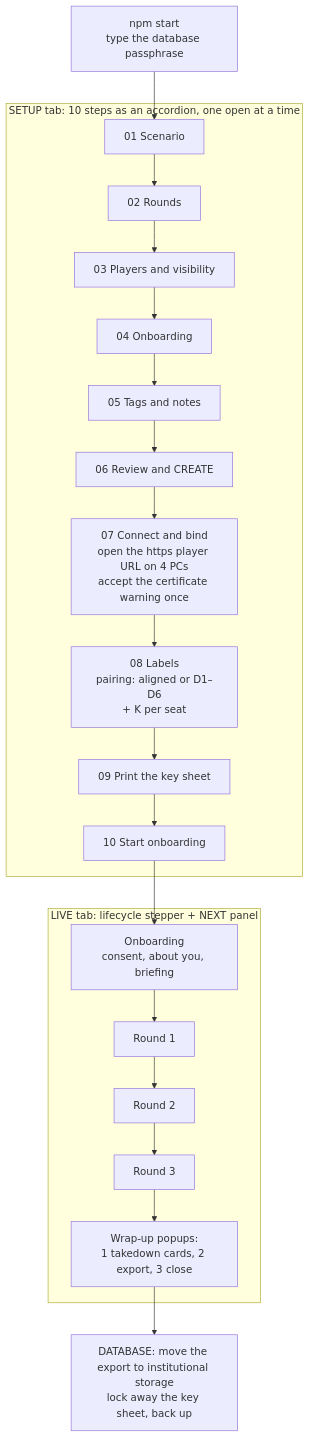
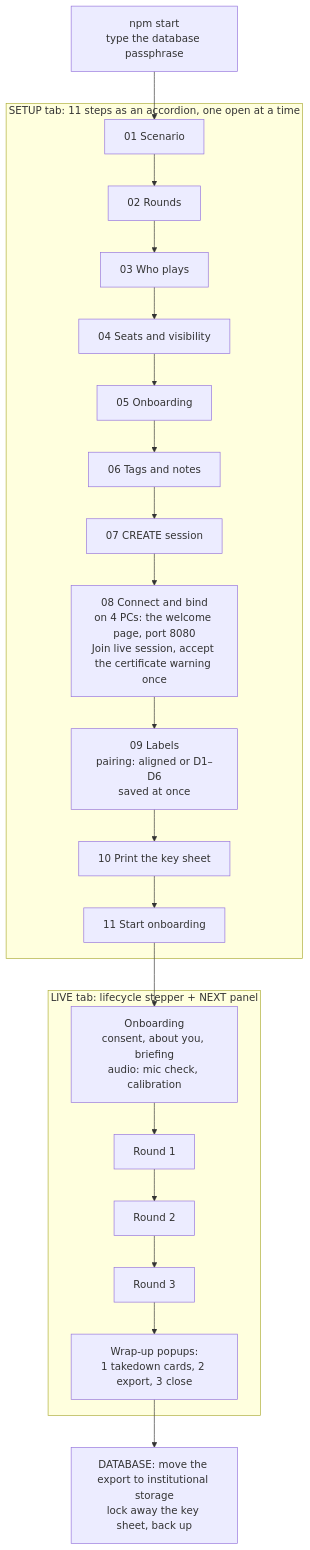
The first of 3 diagrams in docs/SESSION-RUNBOOK.md (xy-zak/WhoKnowsWhoActs), drawn with Mermaid before and after one commit. The commit also changed other lines of this file and 21 other files, not shown here.

First line of the commit message:
Docs: session startup flow (welcome page, eleven setup steps, consent sections, mic check hold until the briefing, calibration readiness); change logs

````diff
--- a/docs/SESSION-RUNBOOK.md
+++ b/docs/SESSION-RUNBOOK.md
@@ -33,14 +33,14 @@
 ```mermaid
 flowchart TD
   A["npm start<br/>type the database passphrase"] --> S1
-  subgraph SETUP["SETUP tab: 10 steps as an accordion, one open at a time"]
-    S1["01 Scenario"] --> S2["02 Rounds"] --> S3["03 Players and visibility"] --> S4["04 Onboarding"] --> S5["05 Tags and notes"] --> S6["06 Review and CREATE"]
-    S6 --> S7["07 Connect and bind<br/>open the https player URL on 4 PCs<br/>accept the certificate warning once"] --> S8["08 Labels<br/>pairing: aligned or D1–D6<br/>+ K per seat"] --> S9["09 Print the key sheet"] --> S10["10 Start onboarding"]
+  subgraph SETUP["SETUP tab: 11 steps as an accordion, one open at a time"]
+    S1["01 Scenario"] --> S2["02 Rounds"] --> S3["03 Who plays"] --> S4["04 Seats and visibility"] --> S5["05 Onboarding"] --> S6["06 Tags and notes"] --> S7["07 CREATE session"]
+    S7 --> S8["08 Connect and bind<br/>on 4 PCs: the welcome page, port 8080<br/>Join live session, accept the certificate warning once"] --> S9["09 Labels<br/>pairing: aligned or D1–D6<br/>saved at once"] --> S10["10 Print the key sheet"] --> S11["11 Start onboarding"]
   end
-  S10 --> L1
+  S11 --> L1
   subgraph LIVE["LIVE tab: lifecycle stepper + NEXT panel"]
-    L1["Onboarding<br/>consent, about you, briefing"] --> L2["Round 1"] --> L3["Round 2"] --> L4["Round 3"] --> W
+    L1["Onboarding<br/>consent, about you, briefing<br/>audio: mic check, calibration"] --> L2["Round 1"] --> L3["Round 2"] --> L4["Round 3"] --> W
     W["Wrap-up popups:<br/>1 takedown cards, 2 export, 3 close"]
   end
   W --> D["DATABASE: move the export to institutional storage<br/>lock away the key sheet, back up"]
 ```
````
